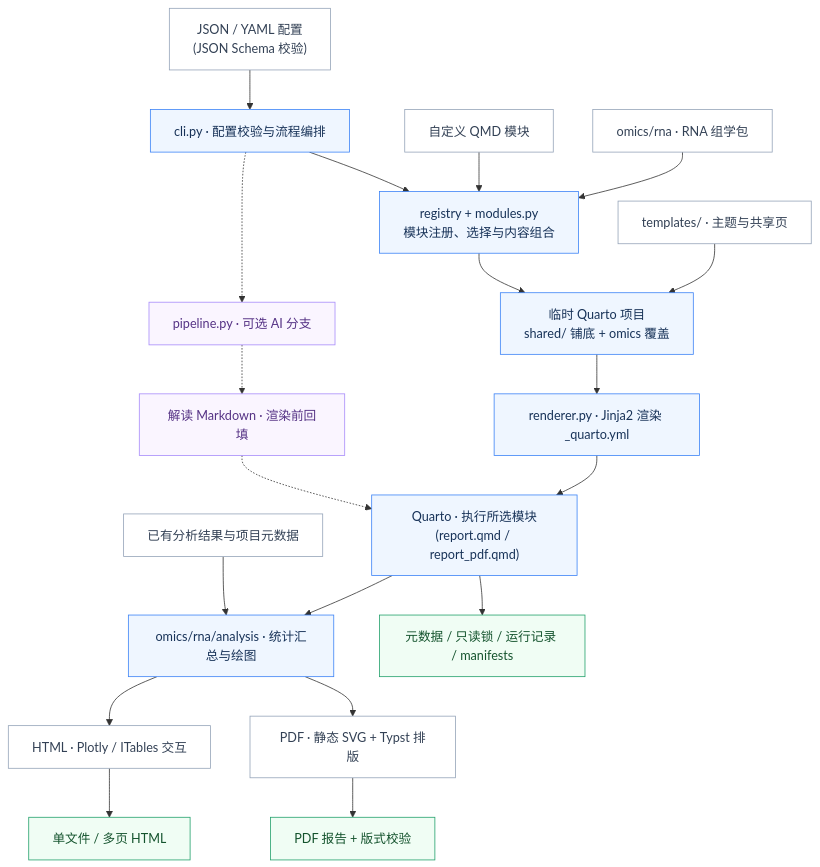
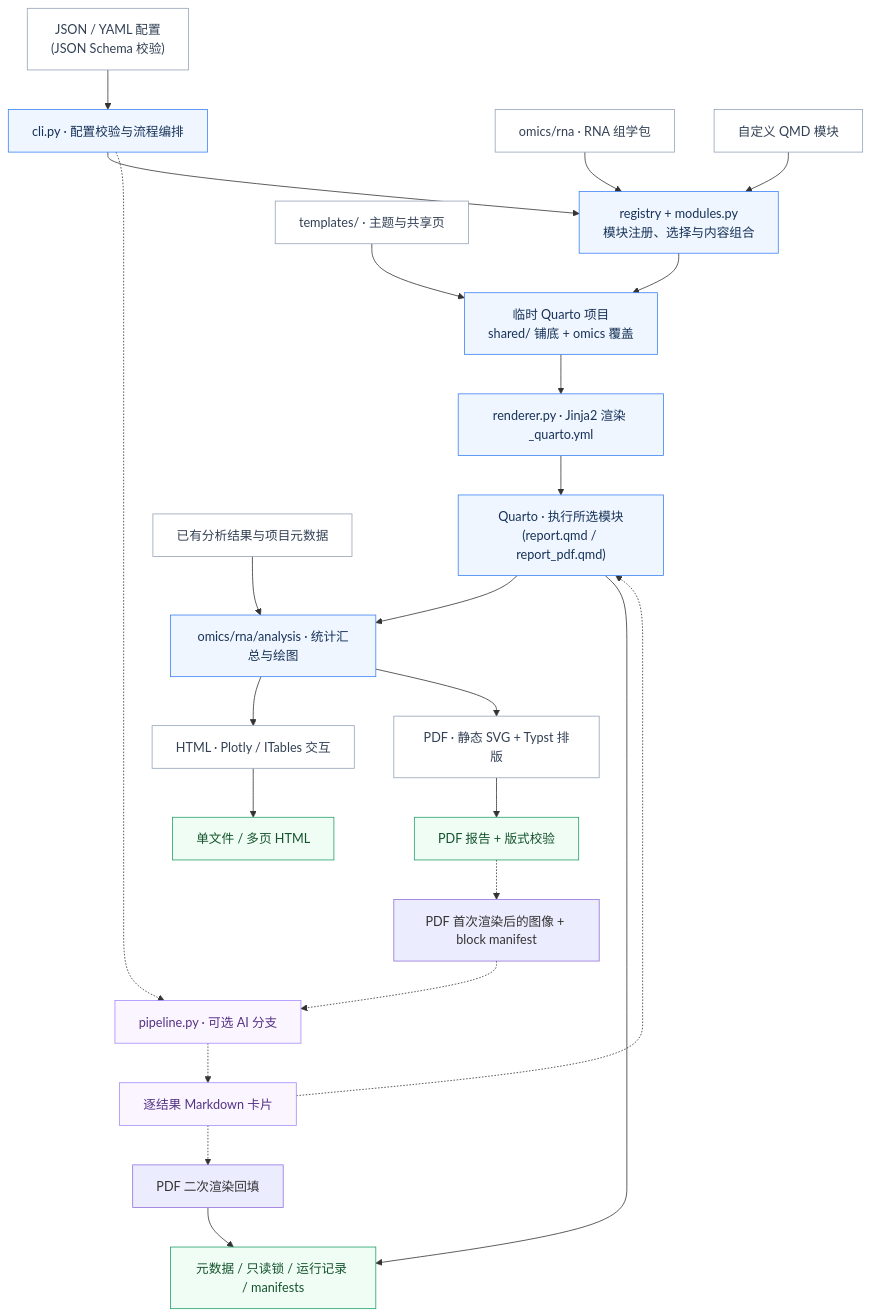
One commit to xsx123123/bioreport changed the diagram in docs/Architecture.md. Above: the diagram before and after it, drawn with Mermaid. The commit also changed other lines of this file and 3 other files, not shown here.

Commit message:
docs: document AI interpretation framework and prompt roadmap

````diff
--- a/docs/Architecture.md
+++ b/docs/Architecture.md
@@ -17,28 +17,32 @@
 ```mermaid
 flowchart TB
   Config["JSON / YAML 配置<br/>(JSON Schema 校验)"] --> Control["cli.py · 配置校验与流程编排"]
   RNA["omics/rna · RNA 组学包"] --> Compose["registry + modules.py<br/>模块注册、选择与内容组合"]
   Custom["自定义 QMD 模块"] --> Compose
   Theme["templates/ · 主题与共享页"] --> Stage["临时 Quarto 项目<br/>shared/ 铺底 + omics 覆盖"]
   Control --> Compose --> Stage --> Render["renderer.py · Jinja2 渲染 _quarto.yml"]
   Render --> Execute["Quarto · 执行所选模块<br/>(report.qmd / report_pdf.qmd)"]
   Execute --> Analysis["omics/rna/analysis · 统计汇总与绘图"]
   Data["已有分析结果与项目元数据"] --> Analysis
   Analysis --> HTMLView["HTML · Plotly / ITables 交互"]
   Analysis --> PDFView["PDF · 静态 SVG + Typst 排版"]
   HTMLView --> HTML["单文件 / 多页 HTML"]
   PDFView --> PDF["PDF 报告 + 版式校验"]
   Control -.-> AI["pipeline.py · 可选 AI 分支"]
-  AI -.-> Markdown["解读 Markdown · 渲染前回填"]
+  AI -.-> Markdown["逐结果 Markdown 卡片"]
   Markdown -.-> Execute
+  PDF -.-> Visual["PDF 首次渲染后的图像 + block manifest"]
+  Visual -.-> AI
+  Markdown -.-> PDF2["PDF 二次渲染回填"]
+  PDF2 --> Post
   Execute --> Post["元数据 / 只读锁 / 运行记录 / manifests"]
 
   classDef plain fill:#ffffff,stroke:#94a3b8,color:#334155;
   classDef blue fill:#eff6ff,stroke:#3b82f6,color:#173258;
   classDef green fill:#f0fdf4,stroke:#22a06b,color:#14532d;
   classDef optional fill:#faf5ff,stroke:#a78bfa,color:#553285;
   class Config,Data,RNA,Custom,Theme,HTMLView,PDFView plain;
   class Control,Compose,Stage,Render,Execute,Analysis blue;
   class HTML,PDF,Post green;
   class AI,Markdown optional;
 ```
````
